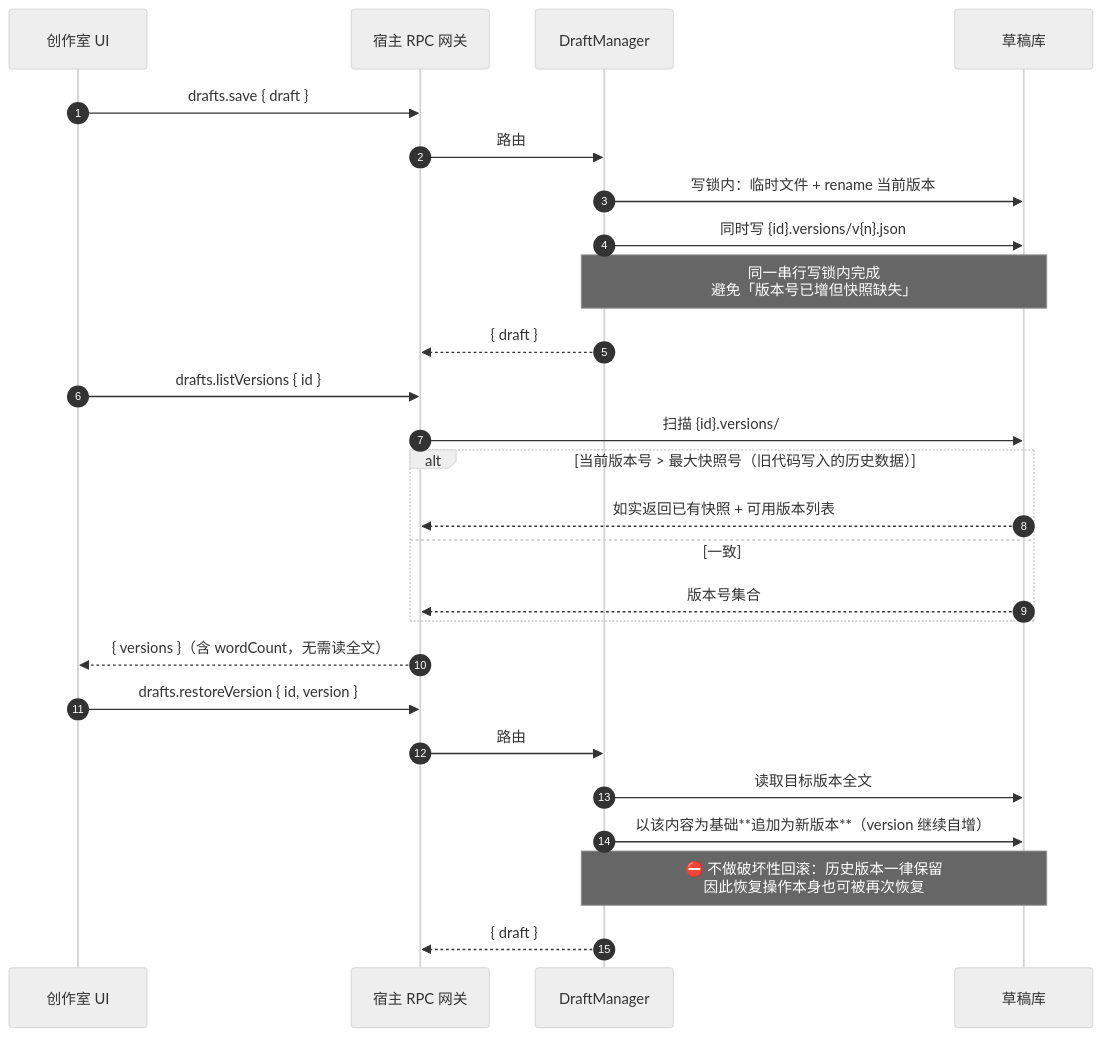
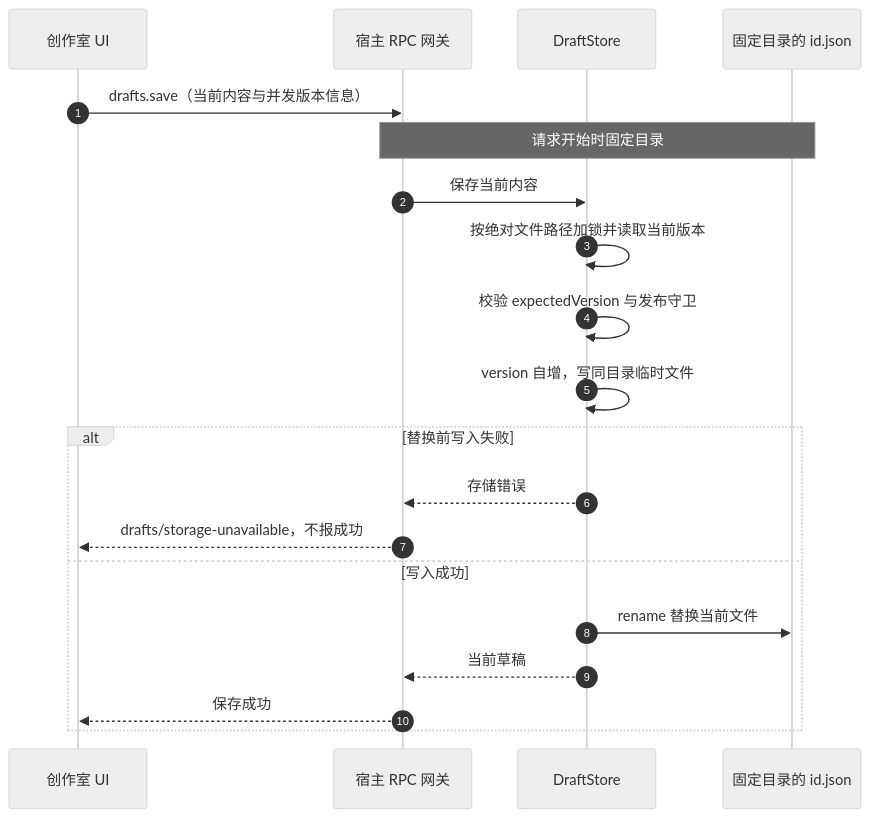
The seventh of 10 diagrams in .context/architecture/runtime_view.md (InJoysAI/dsh-growth-studio), drawn with Mermaid (neutral theme) before and after one commit. The commit also changed other lines of this file and 34 other files, not shown here.

Commit message:
refactor: synchronize project documentation and context files with latest architecture updates

````diff
--- a/.context/architecture/runtime_view.md
+++ b/.context/architecture/runtime_view.md
@@ -307,31 +304,22 @@
 ```mermaid
 sequenceDiagram
     autonumber
     participant WB as 创作室 UI
     participant RPC as 宿主 RPC 网关
-    participant DM as DraftManager
-    participant Store as 草稿库
-
-    WB->>RPC: drafts.save { draft }
-    RPC->>DM: 路由
-    DM->>Store: 写锁内：临时文件 + rename 当前版本
-    DM->>Store: 同时写 {id}.versions/v{n}.json
-    Note over DM,Store: 同一串行写锁内完成<br/>避免「版本号已增但快照缺失」
-    DM-->>RPC: { draft }
-
-    WB->>RPC: drafts.listVersions { id }
-    RPC->>Store: 扫描 {id}.versions/
-    alt 当前版本号 > 最大快照号（旧代码写入的历史数据）
-        Store-->>RPC: 如实返回已有快照 + 可用版本列表
-    else 一致
-        Store-->>RPC: 版本号集合
+    participant DM as DraftStore
+    participant File as 固定目录的 id.json
+    WB->>RPC: drafts.save（当前内容与并发版本信息）
+    Note over RPC,File: 请求开始时固定目录
+    RPC->>DM: 保存当前内容
+    DM->>DM: 按绝对文件路径加锁并读取当前版本
+    DM->>DM: 校验 expectedVersion 与发布守卫
+    DM->>DM: version 自增，写同目录临时文件
+    alt 替换前写入失败
+        DM-->>RPC: 存储错误
+        RPC-->>WB: drafts/storage-unavailable，不报成功
+    else 写入成功
+        DM->>File: rename 替换当前文件
+        DM-->>RPC: 当前草稿
+        RPC-->>WB: 保存成功
     end
-    RPC-->>WB: { versions }（含 wordCount，无需读全文）
-
-    WB->>RPC: drafts.restoreVersion { id, version }
-    RPC->>DM: 路由
-    DM->>Store: 读取目标版本全文
-    DM->>Store: 以该内容为基础**追加为新版本**（version 继续自增）
-    Note over DM,Store: ⛔ 不做破坏性回滚：历史版本一律保留<br/>因此恢复操作本身也可被再次恢复
-    DM-->>RPC: { draft }
 ```
````
